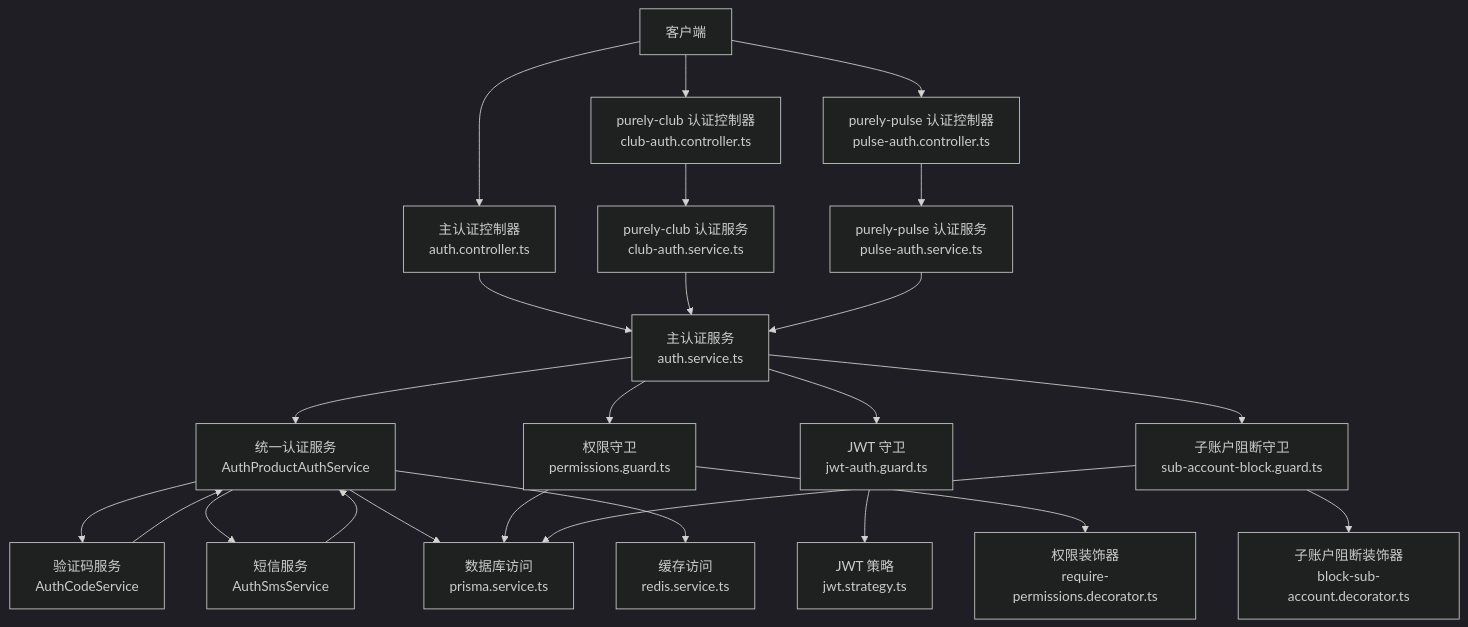
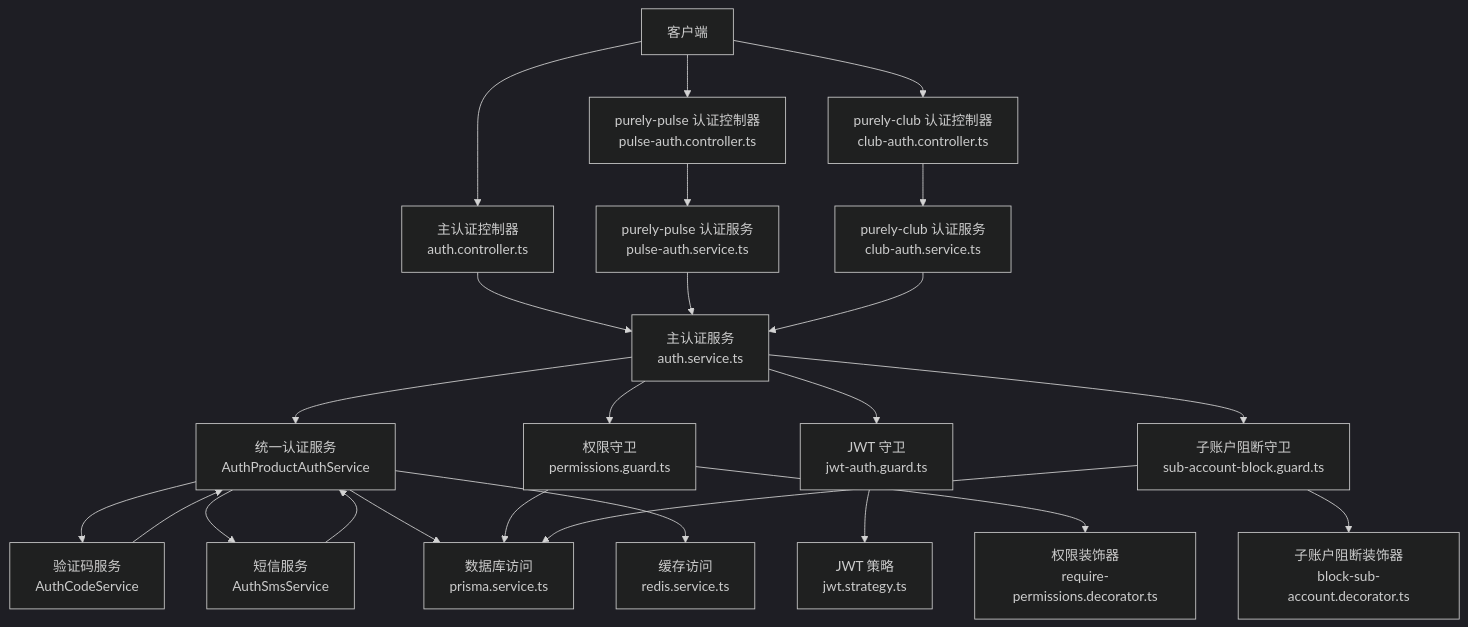
The second of 12 diagrams in .qoder/repowiki/zh/content/认证授权系统/认证授权系统.md (rc558620/purelyprofit-server), drawn with Mermaid (dark theme) before and after one commit. The commit also changed other lines of this file and 26 other files, not shown here.

````diff
--- a/.qoder/repowiki/zh/content/认证授权系统/认证授权系统.md
+++ b/.qoder/repowiki/zh/content/认证授权系统/认证授权系统.md
@@ -212,26 +214,26 @@
 ```mermaid
 graph TB
 Client["客户端"] --> MainAPI["主认证控制器<br/>auth.controller.ts"]
 Client --> ClubAPI["purely-club 认证控制器<br/>club-auth.controller.ts"]
 Client --> PulseAPI["purely-pulse 认证控制器<br/>pulse-auth.controller.ts"]
 MainAPI --> MainAuthSvc["主认证服务<br/>auth.service.ts"]
 ClubAPI --> ClubAuthSvc["purely-club 认证服务<br/>club-auth.service.ts"]
 PulseAPI --> PulseAuthSvc["purely-pulse 认证服务<br/>pulse-auth.service.ts"]
+PulseAuthSvc --> MainAuthSvc
 MainAuthSvc --> UnifiedAuth["统一认证服务<br/>AuthProductAuthService"]
 UnifiedAuth --> CodeSvc["验证码服务<br/>AuthCodeService"]
 UnifiedAuth --> SmsSvc["短信服务<br/>AuthSmsService"]
 MainAuthSvc --> JwtGuard["JWT 守卫<br/>jwt-auth.guard.ts"]
 JwtGuard --> JwtStrategy["JWT 策略<br/>jwt.strategy.ts"]
 MainAuthSvc --> PermGuard["权限守卫<br/>permissions.guard.ts"]
 PermGuard --> Decorators["权限装饰器<br/>require-permissions.decorator.ts"]
 MainAuthSvc --> SubAccBlock["子账户阻断守卫<br/>sub-account-block.guard.ts"]
 SubAccBlock --> SubAccDecorators["子账户阻断装饰器<br/>block-sub-account.decorator.ts"]
 ClubAuthSvc --> MainAuthSvc
-PulseAuthSvc --> MainAuthSvc
 UnifiedAuth --> Prisma["数据库访问<br/>prisma.service.ts"]
 UnifiedAuth --> Redis["缓存访问<br/>redis.service.ts"]
 SmsSvc --> UnifiedAuth
 CodeSvc --> UnifiedAuth
 PermGuard --> Prisma
 SubAccBlock --> Prisma
 ```
````
